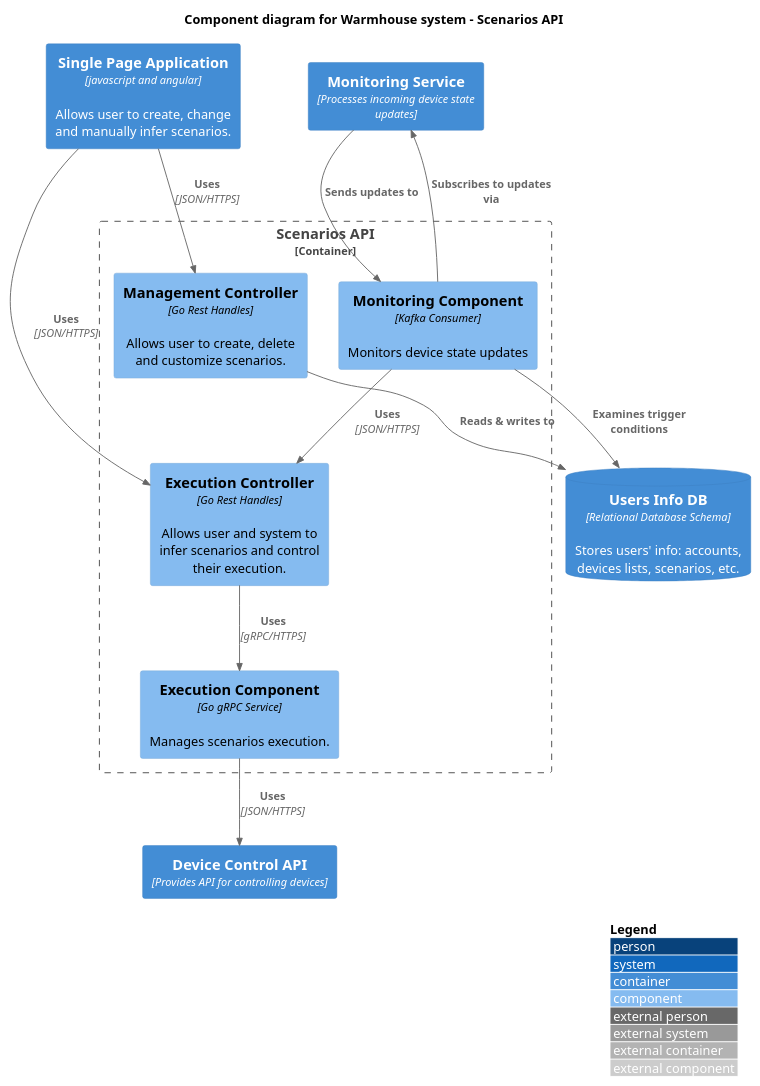
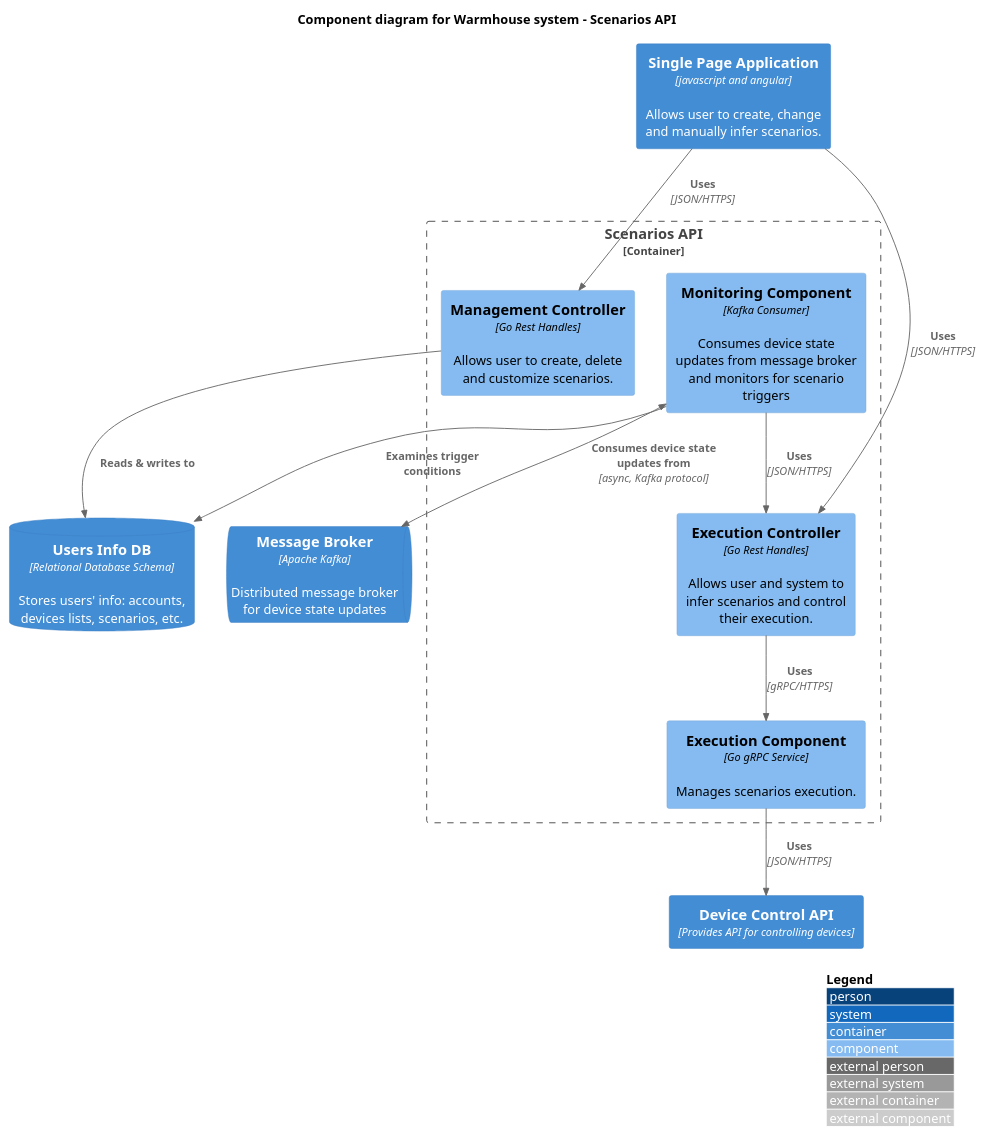
One commit to regu1yar/p1-architecture-warmhouse changed the diagram in diagrams/component/scenarios_api.puml. Above: the diagram before and after it, drawn with PlantUML. The commit also changed 8 other files, not shown here.

Commit message:
Remove monitoring service, update workflow

```diff
--- a/diagrams/component/scenarios_api.puml
+++ b/diagrams/component/scenarios_api.puml
@@ -1,33 +1,31 @@
 @startuml
 !include https://raw.githubusercontent.com/plantuml-stdlib/C4-PlantUML/master/C4_Component.puml
 ' !include ../common/C4_Component.puml
 
 LAYOUT_WITH_LEGEND()
 
 title Component diagram for Warmhouse system - Scenarios API
 
 Container(spa, "Single Page Application", "javascript and angular", "Allows user to create, change and manually infer scenarios.")
 ContainerDb(users_info_db, "Users Info DB", "Relational Database Schema", "Stores users' info: accounts, devices lists, scenarios, etc.")
 Container(device_control_backend_api, "Device Control API", "Provides API for controlling devices")
-Container(monitoring_service, "Monitoring Service", "Processes incoming device state updates")
+ContainerQueue(message_broker, "Message Broker", "Apache Kafka", "Distributed message broker for device state updates")
 
 Container_Boundary(scenarios_api, "Scenarios API") {
     Component(management_controller, "Management Controller", "Go Rest Handles", "Allows user to create, delete and customize scenarios.")
-    Component(monitoring_component, "Monitoring Component", "Kafka Consumer", "Monitors device state updates")
+    Component(monitoring_component, "Monitoring Component", "Kafka Consumer", "Consumes device state updates from message broker and monitors for scenario triggers")
     Component(execution_controller, "Execution Controller", "Go Rest Handles", "Allows user and system to infer scenarios and control their execution.")
     Component(execution_component, "Execution Component", "Go gRPC Service", "Manages scenarios execution.")
 
     Rel(management_controller, users_info_db, "Reads & writes to")
-    Rel(monitoring_component, monitoring_service, "Subscribes to updates via")
+    BiRel(monitoring_component, message_broker, "Consumes device state updates from", "async, Kafka protocol")
     Rel(monitoring_component, users_info_db, "Examines trigger conditions")
     Rel(monitoring_component, execution_controller, "Uses", "JSON/HTTPS")
     Rel(execution_controller, execution_component, "Uses", "gRPC/HTTPS")
     Rel(execution_component, device_control_backend_api, "Uses", "JSON/HTTPS")
 }
 
 Rel(spa, management_controller, "Uses", "JSON/HTTPS")
 Rel(spa, execution_controller, "Uses", "JSON/HTTPS")
 
-Rel(monitoring_service, monitoring_component, "Sends updates to")
-
 @enduml
```
